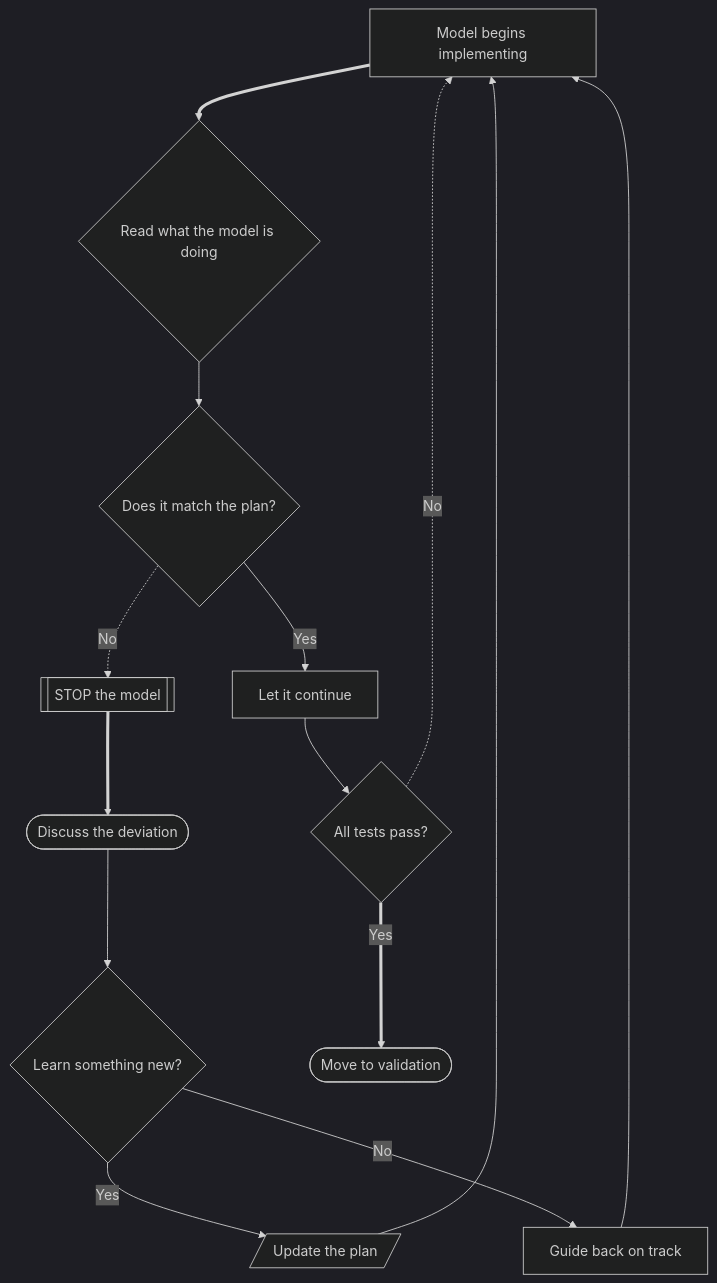
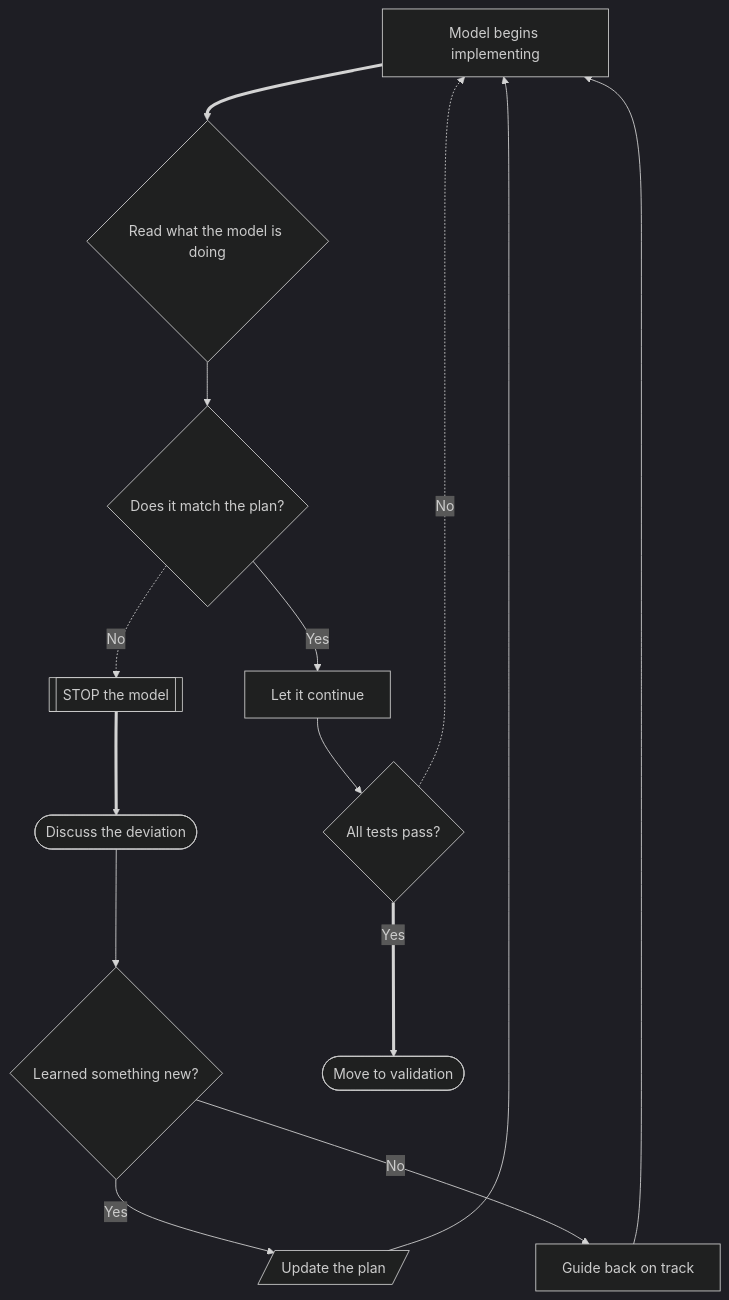
The fifth of 7 diagrams in docs/blog/posts/socratic_prompt_method.md (ahzan-dev/jaseci-blogs), drawn with Mermaid (dark theme) before and after one commit. The commit also changed other lines of this file, not shown here.

````diff
--- a/docs/blog/posts/socratic_prompt_method.md
+++ b/docs/blog/posts/socratic_prompt_method.md
@@ -146,16 +142,16 @@
 ```mermaid
 flowchart TD
     A["Model begins implementing"] ==> B{"Read what the model is doing"}
     B --> C{"Does it match the plan?"}
     C -->|"Yes"| D["Let it continue"]
     C -.->|"No"| E[["STOP the model"]]
     E ==> F(["Discuss the deviation"])
-    F --> G{"Learn something new?"}
+    F --> G{"Learned something new?"}
     G -->|"Yes"| H[/"Update the plan"/]
     G -->|"No"| I["Guide back on track"]
     H --> A
     I --> A
     D --> J{"All tests pass?"}
     J -.->|"No"| A
     J ==>|"Yes"| K(["Move to validation"])
 ```
````
